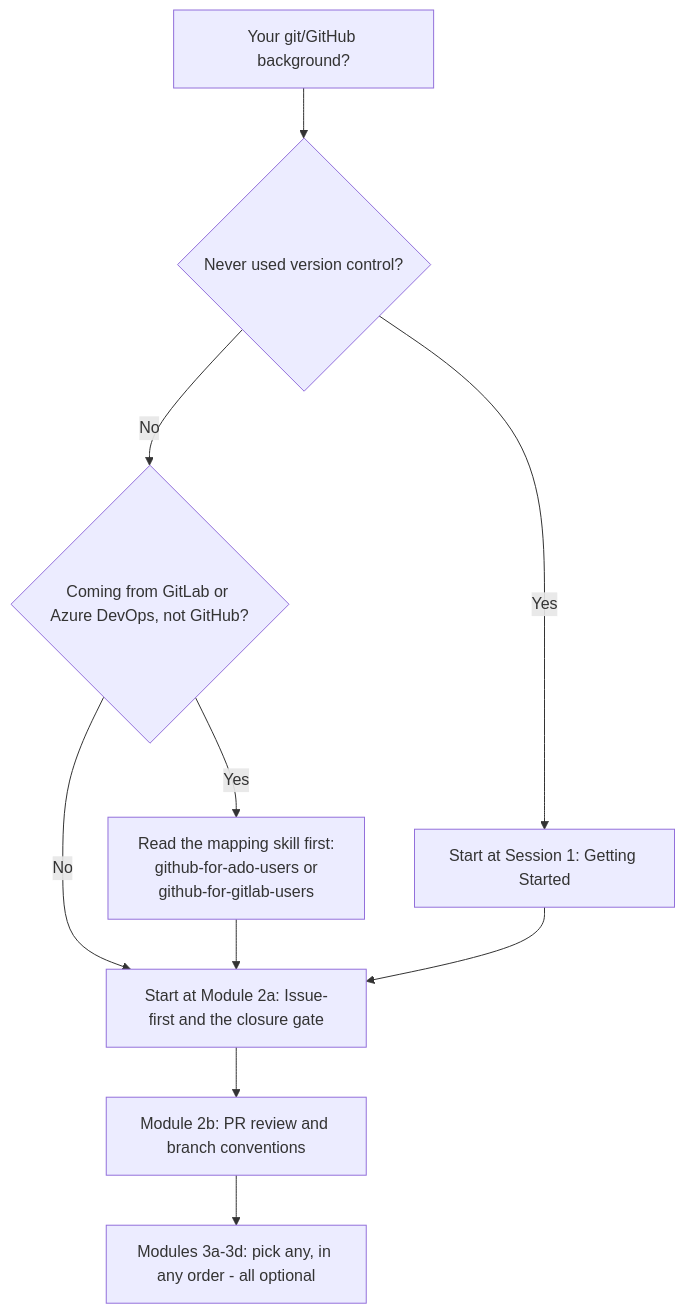
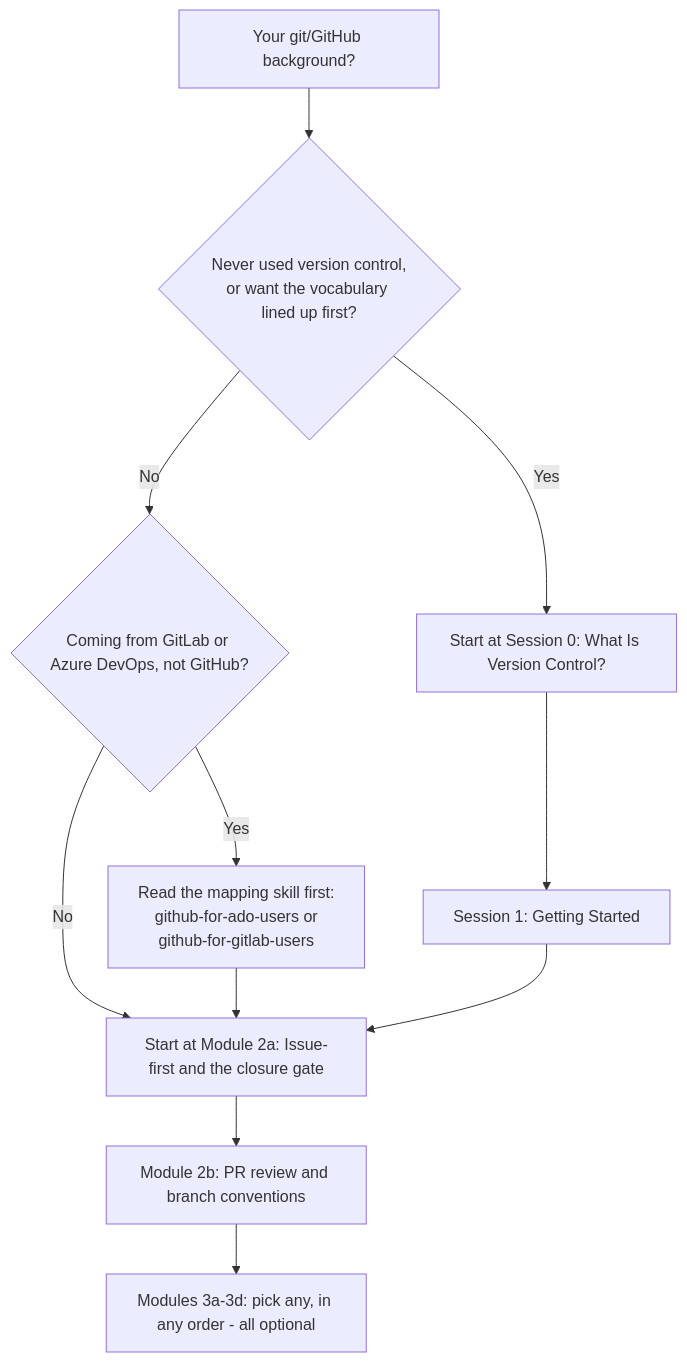
One commit to JeanKadang/DOC-GitHub-Practice-Skills changed the first of 2 diagrams in education/README.md. Above: the diagram before and after it, drawn with Mermaid. The commit also changed other lines of this file and 2 other files, not shown here.

First line of the commit message:
docs: add Session 0 pre-Session-1 version control primer

````diff
--- a/education/README.md
+++ b/education/README.md
@@ -17,12 +17,13 @@
 ```mermaid
 flowchart TD
-    Start[Your git/GitHub background?] --> Q1{Never used version control?}
-    Q1 -- Yes --> S1[Start at Session 1: Getting Started]
+    Start[Your git/GitHub background?] --> Q1{Never used version control,<br/>or want the vocabulary lined up first?}
+    Q1 -- Yes --> S0[Start at Session 0: What Is Version Control?]
     Q1 -- No --> Q2{Coming from GitLab or Azure DevOps, not GitHub?}
     Q2 -- Yes --> Pre[Read the mapping skill first:<br/>github-for-ado-users or<br/>github-for-gitlab-users]
     Q2 -- No --> M2a[Start at Module 2a: Issue-first and the closure gate]
     Pre --> M2a
+    S0 --> S1[Session 1: Getting Started]
     S1 --> M2a
     M2a --> M2b[Module 2b: PR review and branch conventions]
     M2b --> M3[Modules 3a-3d: pick any, in any order - all optional]
 ```
````
